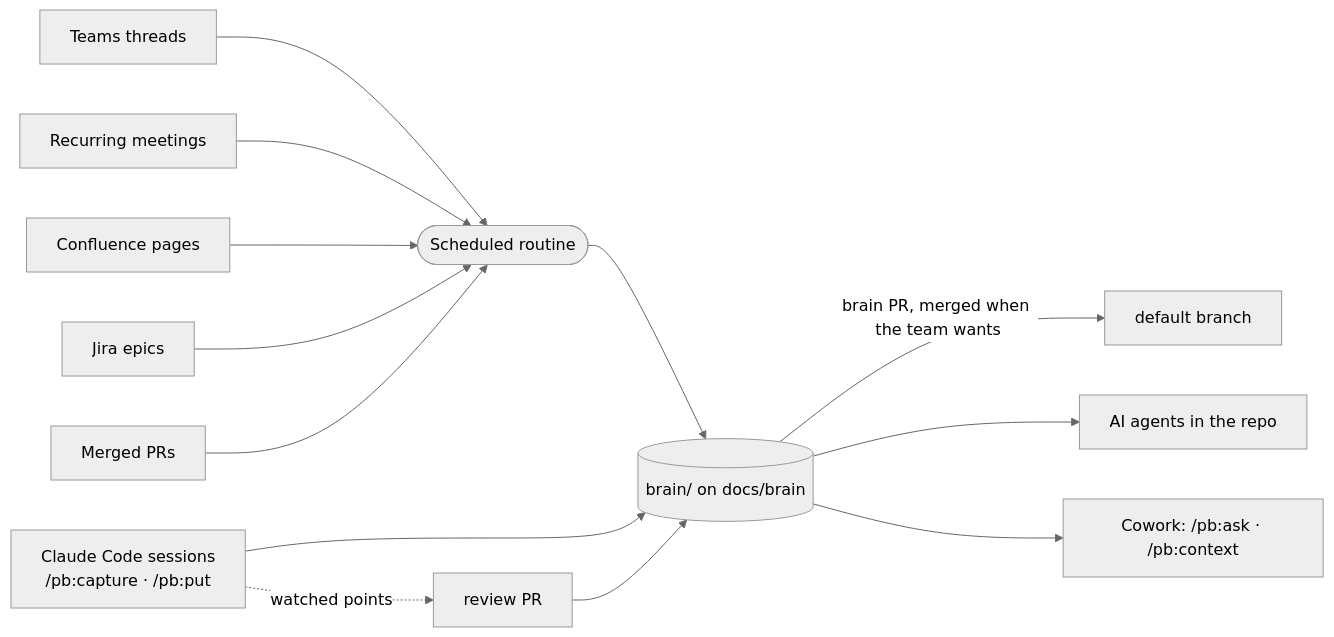
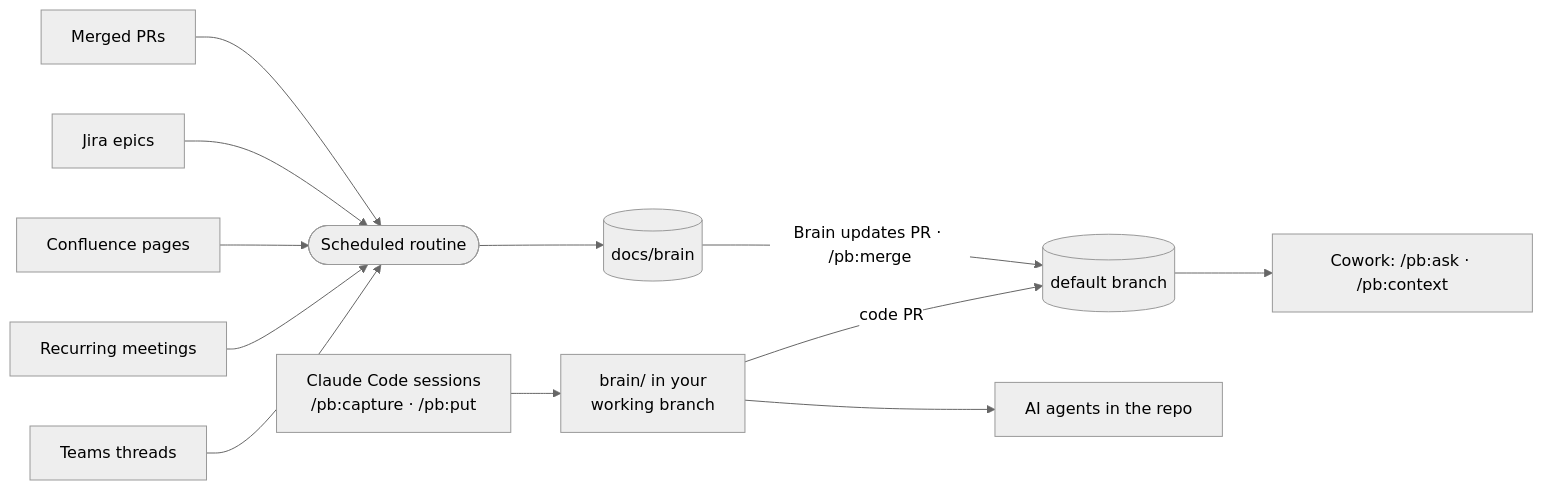
Before and after one commit to minox86/project-brain: the diagram in README.md, drawn with Mermaid (neutral theme). The commit also changed other lines of this file and 7 other files, not shown here.

````diff
--- a/README.md
+++ b/README.md
@@ -34,14 +34,14 @@
 ```mermaid
 flowchart LR
+    D[Claude Code sessions<br>/pb:capture · /pb:put] --> WB[brain/ in your<br>working branch]
+    WB -- code PR --> K[(default branch)]
     T[Teams threads] --> R
     M[Recurring meetings] --> R
     C[Confluence pages] --> R
     J[Jira epics] --> R
     P[Merged PRs] --> R
-    R([Scheduled routine]) --> B[(brain/ on docs/brain)]
-    D[Claude Code sessions<br>/pb:capture · /pb:put] --> B
-    D -. watched points .-> V[review PR] --> B
-    B -- brain PR, merged when the team wants --> K[default branch]
-    B --> A[AI agents in the repo]
-    B --> W[Cowork: /pb:ask · /pb:context]
+    R([Scheduled routine]) --> B[(docs/brain)]
+    B -- Brain updates PR · /pb:merge --> K
+    K --> W[Cowork: /pb:ask · /pb:context]
+    WB --> A[AI agents in the repo]
 ```
````
